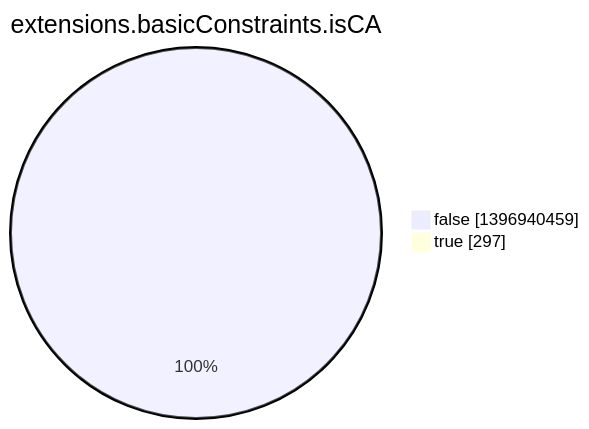
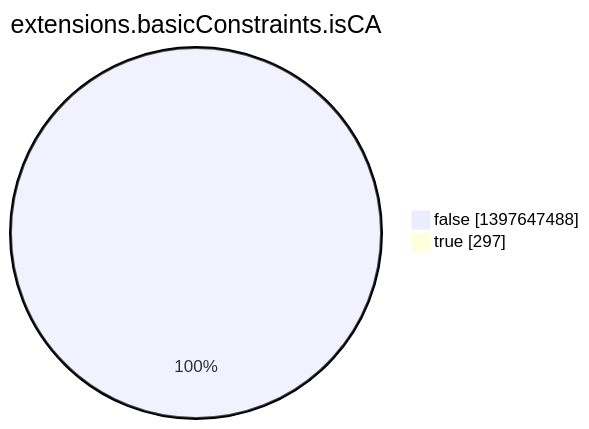
One commit to christiankrug/ctmonitor_visualization changed the eighth of 15 diagrams in argon2022/README.md. Above: the diagram before and after it, drawn with Mermaid. The commit also changed other lines of this file, not shown here.

````diff
--- a/argon2022/README.md
+++ b/argon2022/README.md
@@ -2759,6 +2759,6 @@
 ```mermaid
 pie showData
 title extensions.basicConstraints.isCA
-"false" :1396940459
+"false" :1397647488
 "true" :297
 ```
````
